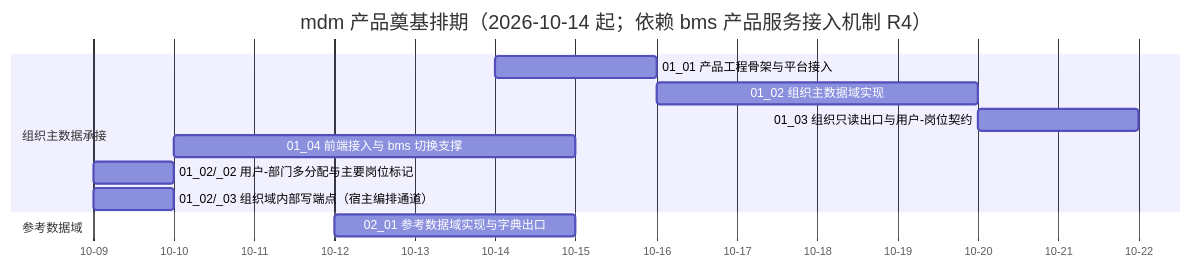
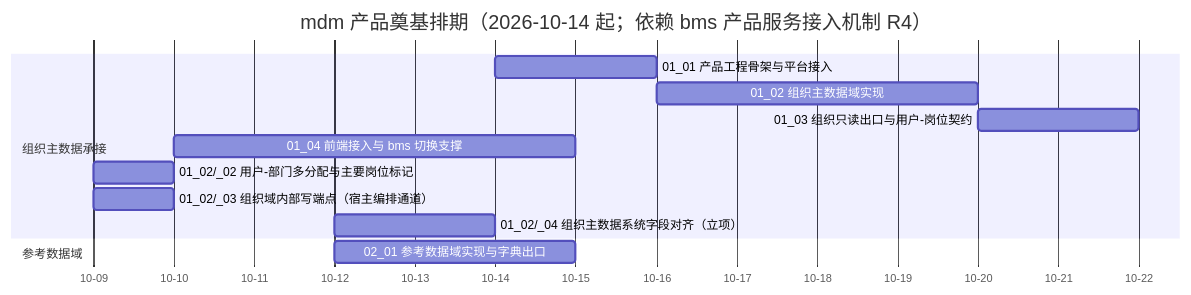
Before and after one commit to minjian123/master-data-management: the diagram in mdm文档/项目/01_mdm 产品奠基/计划/01_计划_mdm产品奠基.md, drawn with Mermaid. The commit also changed other lines of this file and 5 other files, not shown here.

````diff
--- a/mdm文档/项目/01_mdm 产品奠基/计划/01_计划_mdm产品奠基.md
+++ b/mdm文档/项目/01_mdm 产品奠基/计划/01_计划_mdm产品奠基.md
@@ -37,15 +37,16 @@
 ```mermaid
 gantt
     title mdm 产品奠基排期（2026-10-14 起；依赖 bms 产品服务接入机制 R4）
     dateFormat  YYYY-MM-DD
     axisFormat %m-%d
     section 组织主数据承接
     01_01 产品工程骨架与平台接入 :m0101, 2026-10-14, 2d
     01_02 组织主数据域实现 :m0102, 2026-10-16, 4d
     01_03 组织只读出口与用户-岗位契约 :m0103, 2026-10-20, 2d
     01_04 前端接入与 bms 切换支撑 :m0104, 2026-10-10, 5d
     01_02/_02 用户-部门多分配与主要岗位标记 :m0102b, 2026-10-09, 1d
     01_02/_03 组织域内部写端点（宿主编排通道） :m0102c, 2026-10-09, 1d
+    01_02/_04 组织主数据系统字段对齐（立项） :m0102d, 2026-10-12, 2d
     section 参考数据域
     02_01 参考数据域实现与字典出口 :m0201, 2026-10-12, 3d
 ```
````
